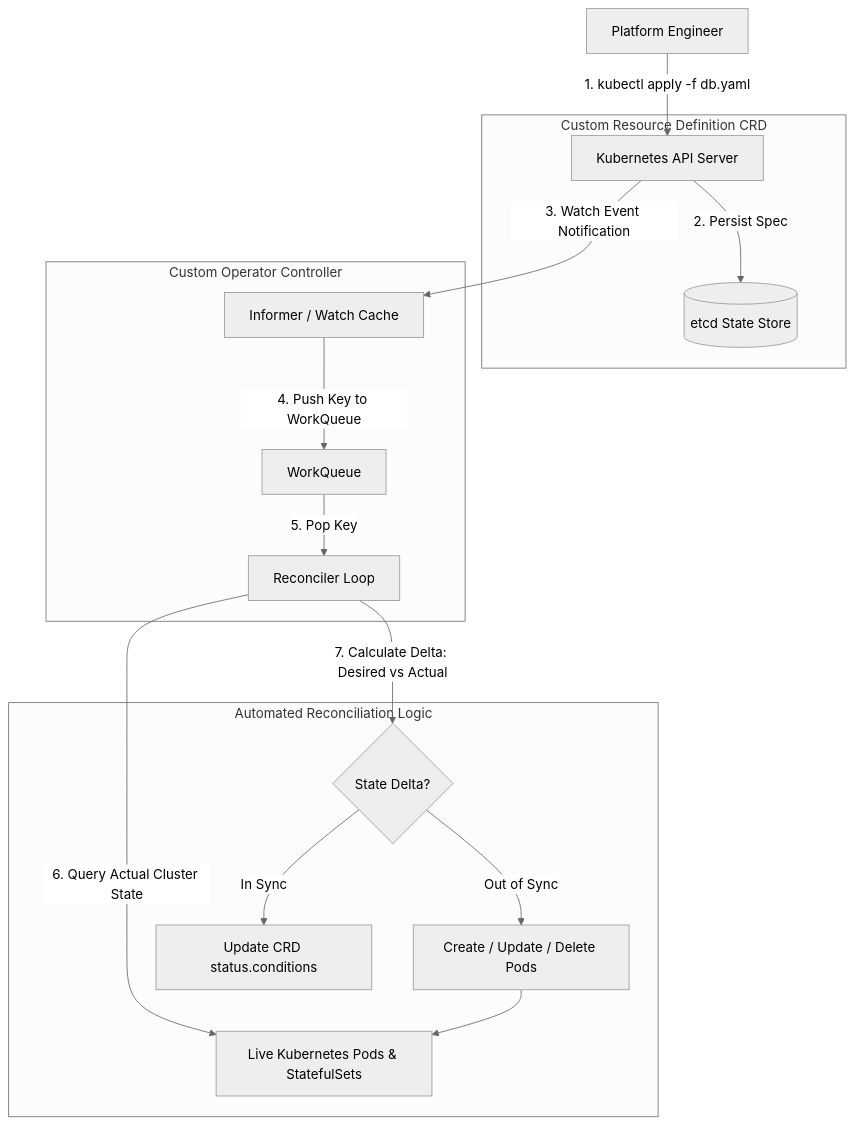
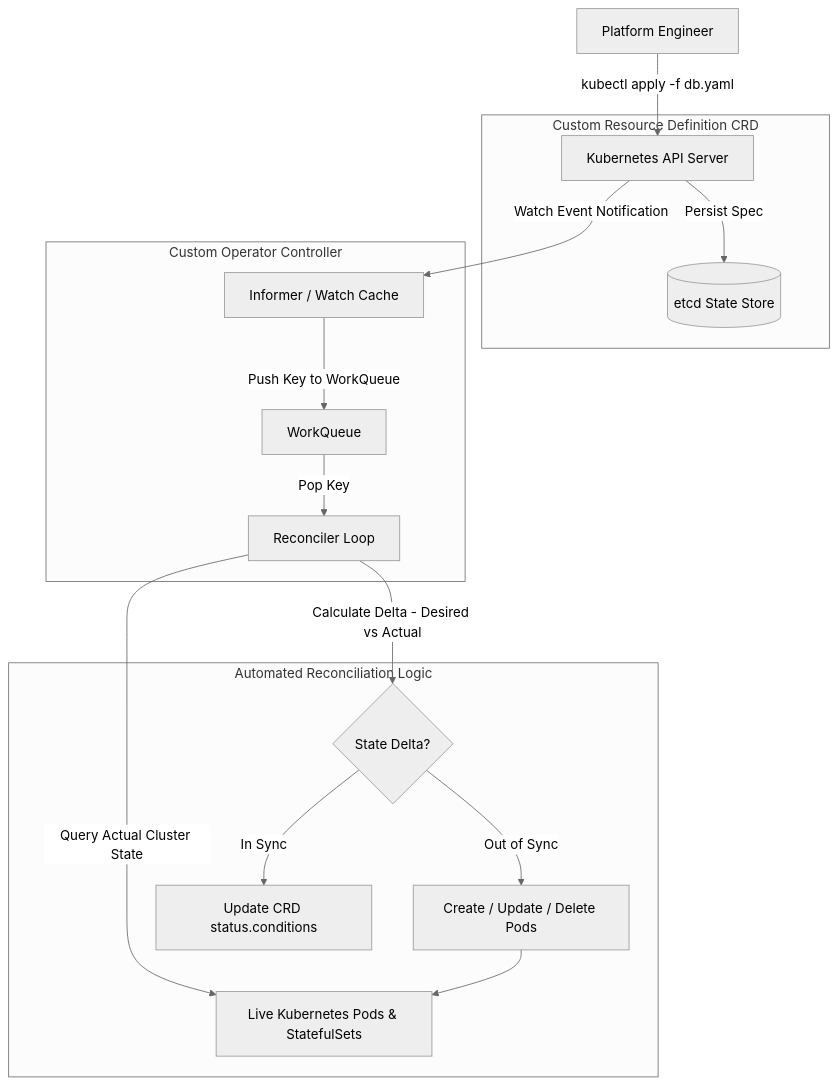
Before and after one commit to akmalkhaniub/akmalkhaniub.github.io: the diagram in blog/posts/writing-kubernetes-operators-crds-reconciler-loops.md, drawn with Mermaid (neutral theme). The commit also changed 411 other files, not shown here.

````diff
--- a/blog/posts/writing-kubernetes-operators-crds-reconciler-loops.md
+++ b/blog/posts/writing-kubernetes-operators-crds-reconciler-loops.md
@@ -19,22 +19,22 @@
 ```mermaid
-graph TD
-  User[Platform Engineer] -->|1. kubectl apply -f db.yaml| API[Kubernetes API Server]
+flowchart TD
+  User[Platform Engineer] -->|kubectl apply -f db.yaml| API[Kubernetes API Server]
   
   subgraph SG1_CustomResourceDefinition ["Custom Resource Definition CRD"]
-    API -->|2. Persist Spec| ETCD[(etcd State Store)]
+    API -->|Persist Spec| ETCD[(etcd State Store)]
   end
   
   subgraph SG2_CustomOperatorController ["Custom Operator Controller"]
-    API -->|3. Watch Event Notification| Informer[Informer / Watch Cache]
-    Informer -->|4. Push Key to WorkQueue| Queue[WorkQueue]
-    Queue -->|5. Pop Key| Reconciler[Reconciler Loop]
+    API -->|Watch Event Notification| Informer[Informer / Watch Cache]
+    Informer -->|Push Key to WorkQueue| Queue[WorkQueue]
+    Queue -->|Pop Key| Reconciler[Reconciler Loop]
   end
   
   subgraph SG3_AutomatedReconciliationLogic ["Automated Reconciliation Logic"]
-    Reconciler -->|6. Query Actual Cluster State| Pods[Live Kubernetes Pods & StatefulSets]
-    Reconciler -->|7. Calculate Delta: Desired vs Actual| Engine{State Delta?}
+    Reconciler -->|Query Actual Cluster State| Pods[Live Kubernetes Pods & StatefulSets]
+    Reconciler -->|Calculate Delta - Desired vs Actual| Engine{State Delta?}
     Engine -->|Out of Sync| Action[Create / Update / Delete Pods]
     Engine -->|In Sync| Status[Update CRD status.conditions]
     Action --> Pods
   end
 ```
````
